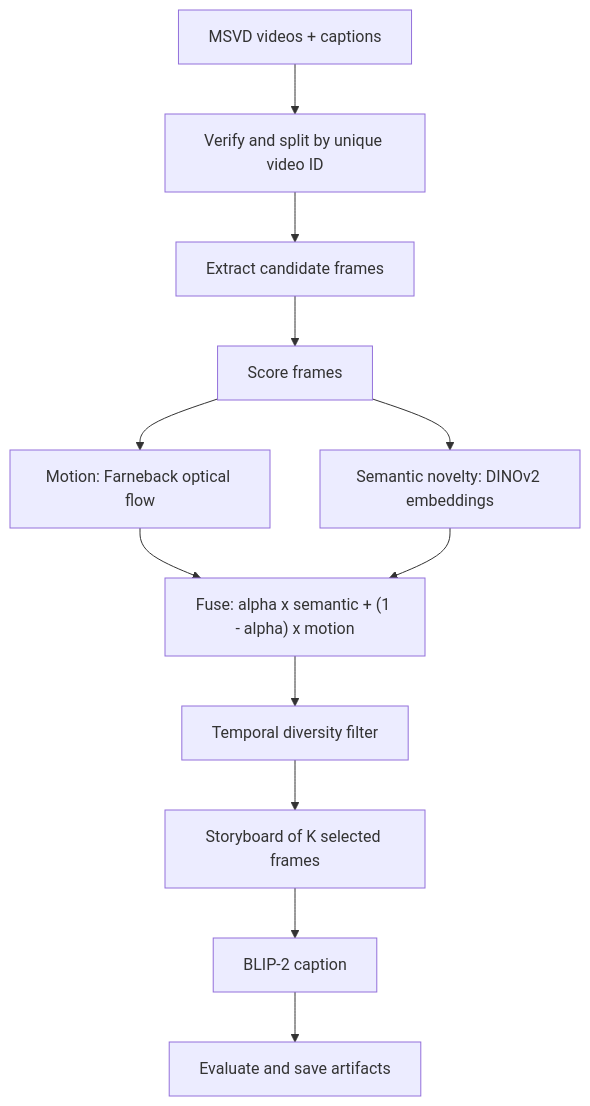
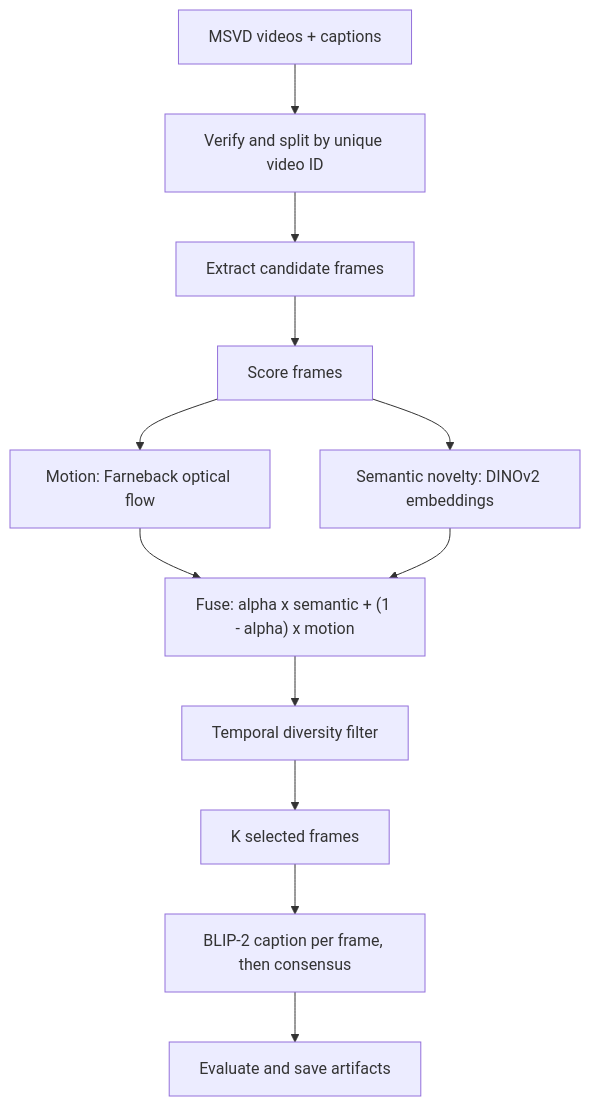
Before and after one commit to Shashwat-19/Adaptive-Video-Captioning-with-Semantic-Motion-Keyframe-Selection: the diagram in README.md, drawn with Mermaid. The commit also changed other lines of this file and 2 other files, not shown here.

````diff
--- a/README.md
+++ b/README.md
@@ -29,14 +29,14 @@
 ```mermaid
 flowchart TD
     A[MSVD videos + captions] --> B[Verify and split by unique video ID]
     B --> C[Extract candidate frames]
     C --> D[Score frames]
     D --> D1[Motion: Farneback optical flow]
     D --> D2[Semantic novelty: DINOv2 embeddings]
     D1 --> E["Fuse: alpha x semantic + (1 - alpha) x motion"]
     D2 --> E
     E --> F[Temporal diversity filter]
-    F --> G[Storyboard of K selected frames]
-    G --> H[BLIP-2 caption]
+    F --> G[K selected frames]
+    G --> H[BLIP-2 caption per frame, then consensus]
     H --> I[Evaluate and save artifacts]
 ```
````
